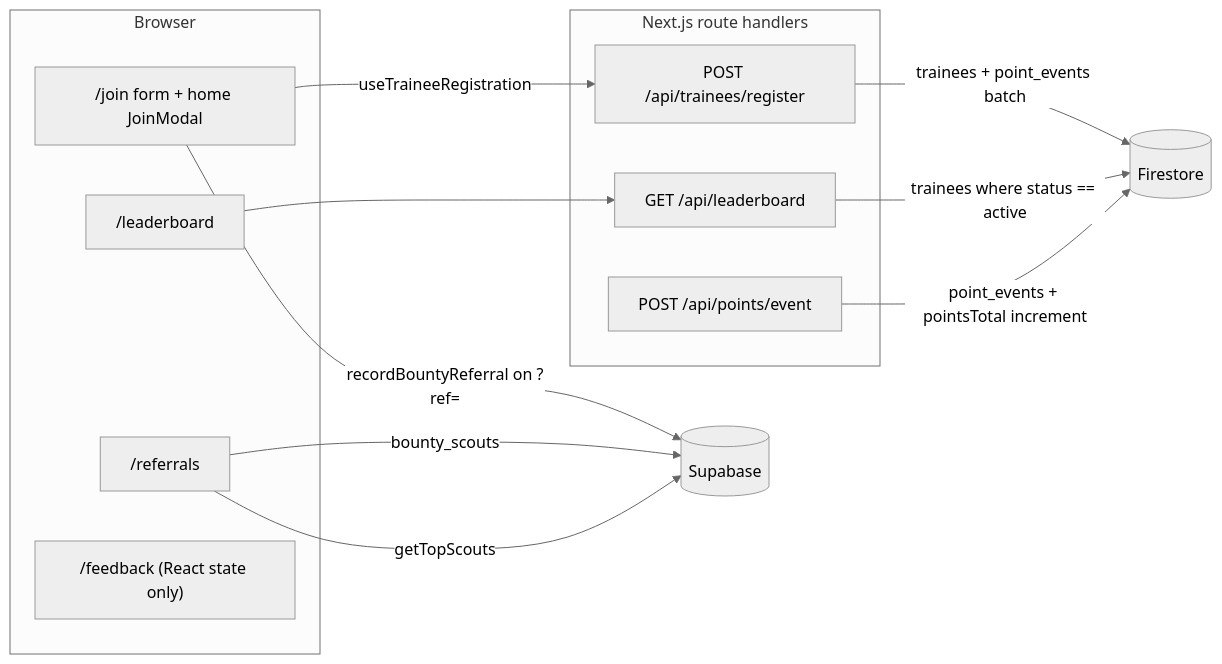
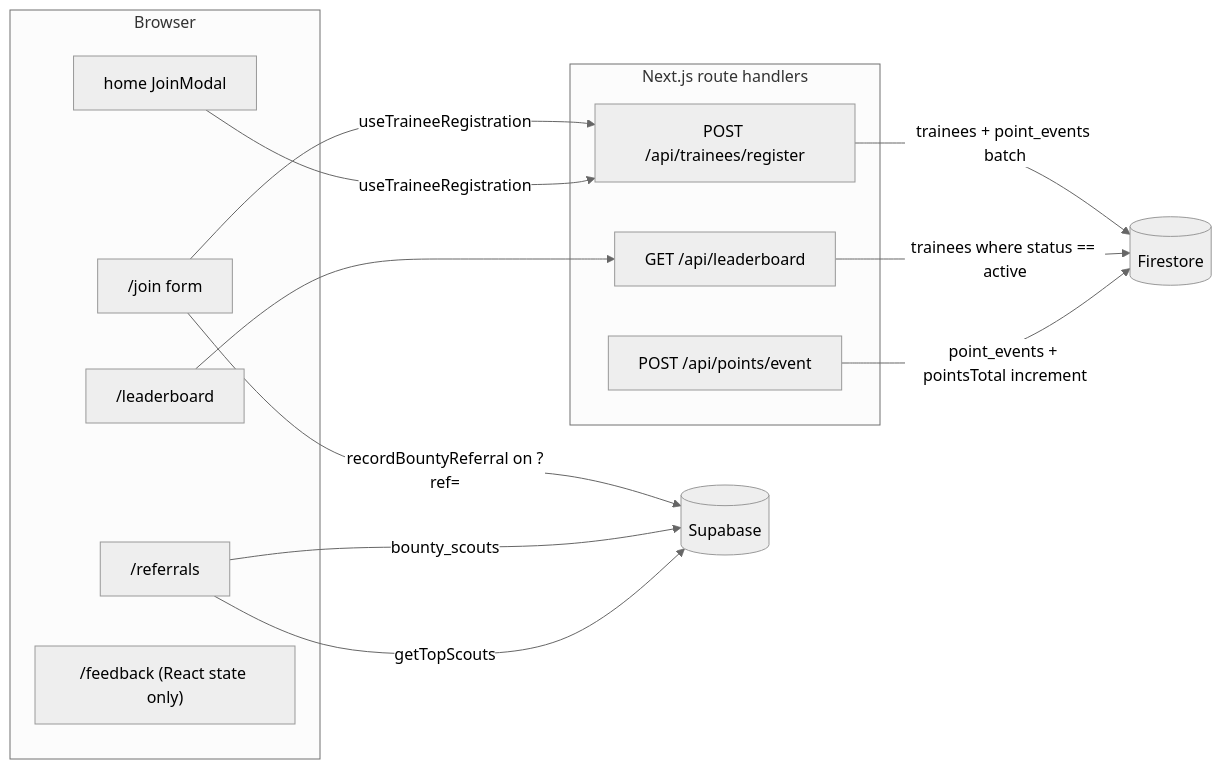
The diagram in docs/architecture/overview.md (AhmedNasser-bug/icpcpua), drawn with Mermaid (neutral theme) before and after one commit. The commit also changed other lines of this file and 1 other file, not shown here.

Commit message:
docs: clarify the join referral flow in the overview diagram

````diff
--- a/docs/architecture/overview.md
+++ b/docs/architecture/overview.md
@@ -49,27 +49,29 @@
 ```mermaid
 flowchart LR
   subgraph Browser
-    JOIN["/join form + home JoinModal"]
+    JOIN["/join form"]
+    MODAL["home JoinModal"]
     REF["/referrals"]
     LEADER["/leaderboard"]
     FB["/feedback (React state only)"]
   end
 
   subgraph API["Next.js route handlers"]
     REG["POST /api/trainees/register"]
     EVENT["POST /api/points/event"]
     GET["GET /api/leaderboard"]
   end
 
   FIRE[(Firestore)]
   SUPA[(Supabase)]
 
   JOIN -->|useTraineeRegistration| REG
+  MODAL -->|useTraineeRegistration| REG
   REG -->|trainees + point_events batch| FIRE
   JOIN -->|recordBountyReferral on ?ref=| SUPA
   REF -->|bounty_scouts| SUPA
   REF -->|getTopScouts| SUPA
   LEADER --> GET
   GET -->|trainees where status == active| FIRE
   EVENT -->|point_events + pointsTotal increment| FIRE
 ```
````
